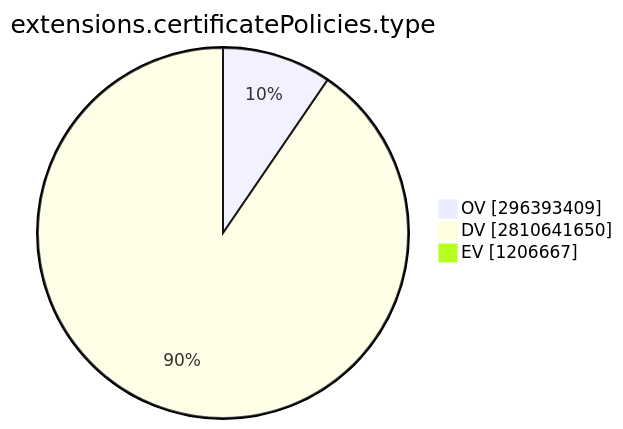
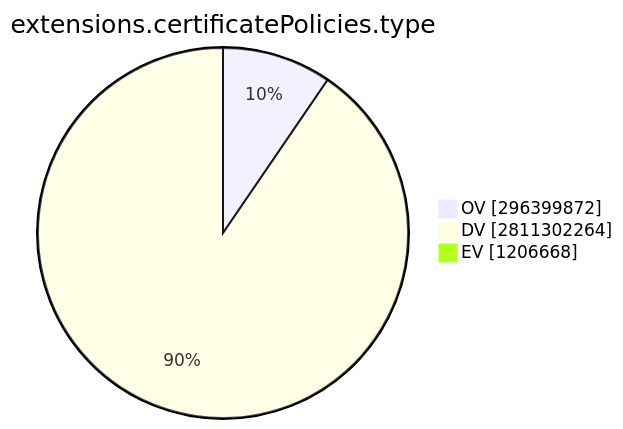
One commit to christiankrug/ctmonitor_visualization changed the ninth of 15 diagrams in TOTAL/README.md. Above: the diagram before and after it, drawn with Mermaid. The commit also changed other lines of this file, not shown here.

````diff
--- a/TOTAL/README.md
+++ b/TOTAL/README.md
@@ -3099,7 +3099,7 @@
 ```mermaid
 pie showData
 title extensions.certificatePolicies.type
-"OV" :296393409
-"DV" :2810641650
-"EV" :1206667
+"OV" :296399872
+"DV" :2811302264
+"EV" :1206668
 ```
````
